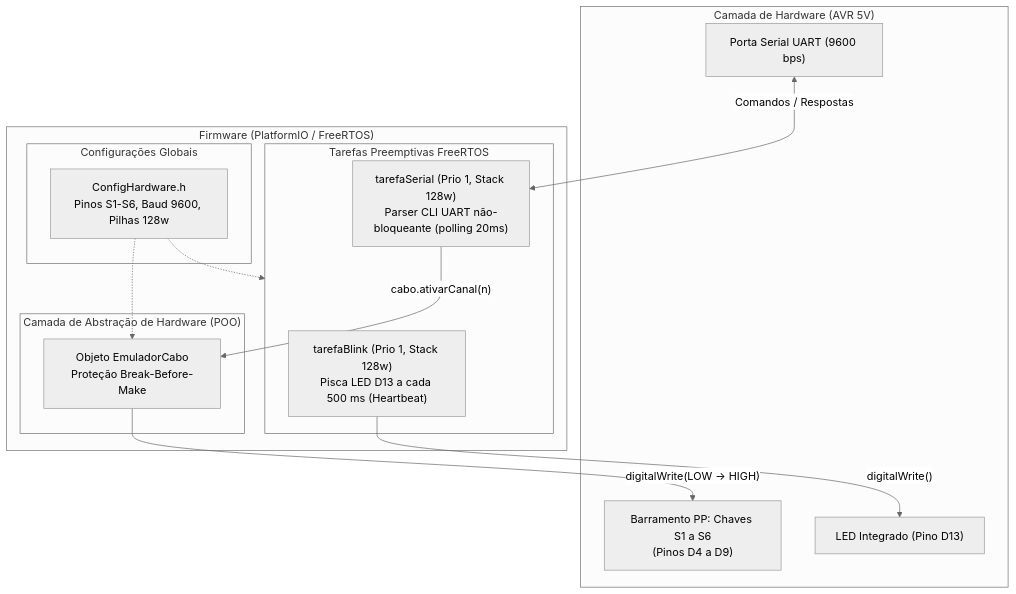
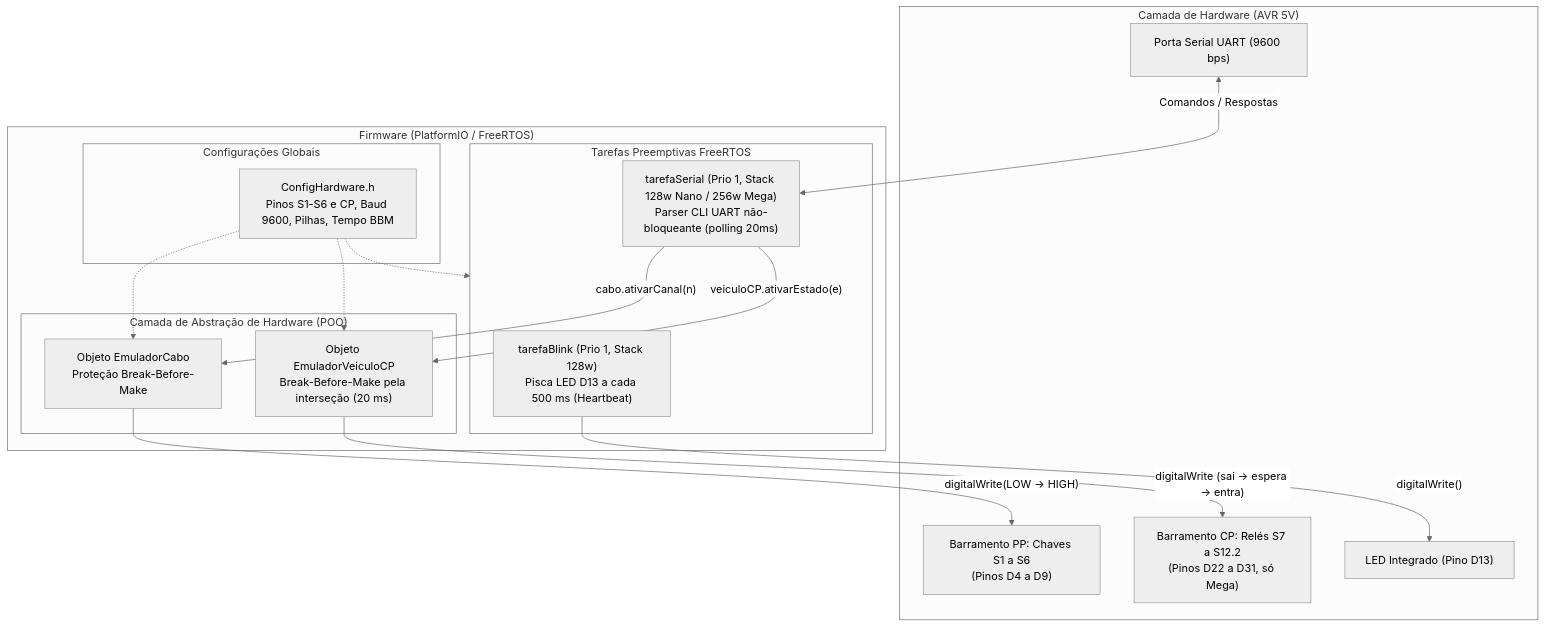
Before and after one commit to luanjjbr/dev-sandbox: the diagram in firmware/Bancada/CONTEXTO.md, drawn with Mermaid (neutral theme). The commit also changed other lines of this file and 11 other files, not shown here.

````diff
--- a/firmware/Bancada/CONTEXTO.md
+++ b/firmware/Bancada/CONTEXTO.md
@@ -36,30 +36,35 @@
 ```mermaid
 flowchart TD
     subgraph Hardware["Camada de Hardware (AVR 5V)"]
         LED["LED Integrado (Pino D13)"]
         MOSFETS["Barramento PP: Chaves S1 a S6<br>(Pinos D4 a D9)"]
+        RELES["Barramento CP: Relés S7 a S12.2<br>(Pinos D22 a D31, só Mega)"]
         UART["Porta Serial UART (9600 bps)"]
     end
 
     subgraph Firmware["Firmware (PlatformIO / FreeRTOS)"]
         subgraph Tasks["Tarefas Preemptivas FreeRTOS"]
             TBlink["tarefaBlink (Prio 1, Stack 128w)<br>Pisca LED D13 a cada 500 ms (Heartbeat)"]
-            TSerial["tarefaSerial (Prio 1, Stack 128w)<br>Parser CLI UART não-bloqueante (polling 20ms)"]
+            TSerial["tarefaSerial (Prio 1, Stack 128w Nano / 256w Mega)<br>Parser CLI UART não-bloqueante (polling 20ms)"]
         end
 
         subgraph Classes["Camada de Abstração de Hardware (POO)"]
             ObjCabo["Objeto EmuladorCabo<br>Proteção Break-Before-Make"]
+            ObjCP["Objeto EmuladorVeiculoCP<br>Break-Before-Make pela interseção (20 ms)"]
         end
 
         subgraph Config["Configurações Globais"]
-            ConfHW["ConfigHardware.h<br>Pinos S1-S6, Baud 9600, Pilhas 128w"]
+            ConfHW["ConfigHardware.h<br>Pinos S1-S6 e CP, Baud 9600, Pilhas, Tempo BBM"]
         end
     end
 
     ConfHW -.-> Tasks
     ConfHW -.-> ObjCabo
     TBlink -->|"digitalWrite()"| LED
     UART <-->|"Comandos / Respostas"| TSerial
     TSerial -->|"cabo.ativarCanal(n)"| ObjCabo
     ObjCabo -->|"digitalWrite(LOW -> HIGH)"| MOSFETS
+    ConfHW -.-> ObjCP
+    TSerial -->|"veiculoCP.ativarEstado(e)"| ObjCP
+    ObjCP -->|"digitalWrite (sai -> espera -> entra)"| RELES
 ```
````
